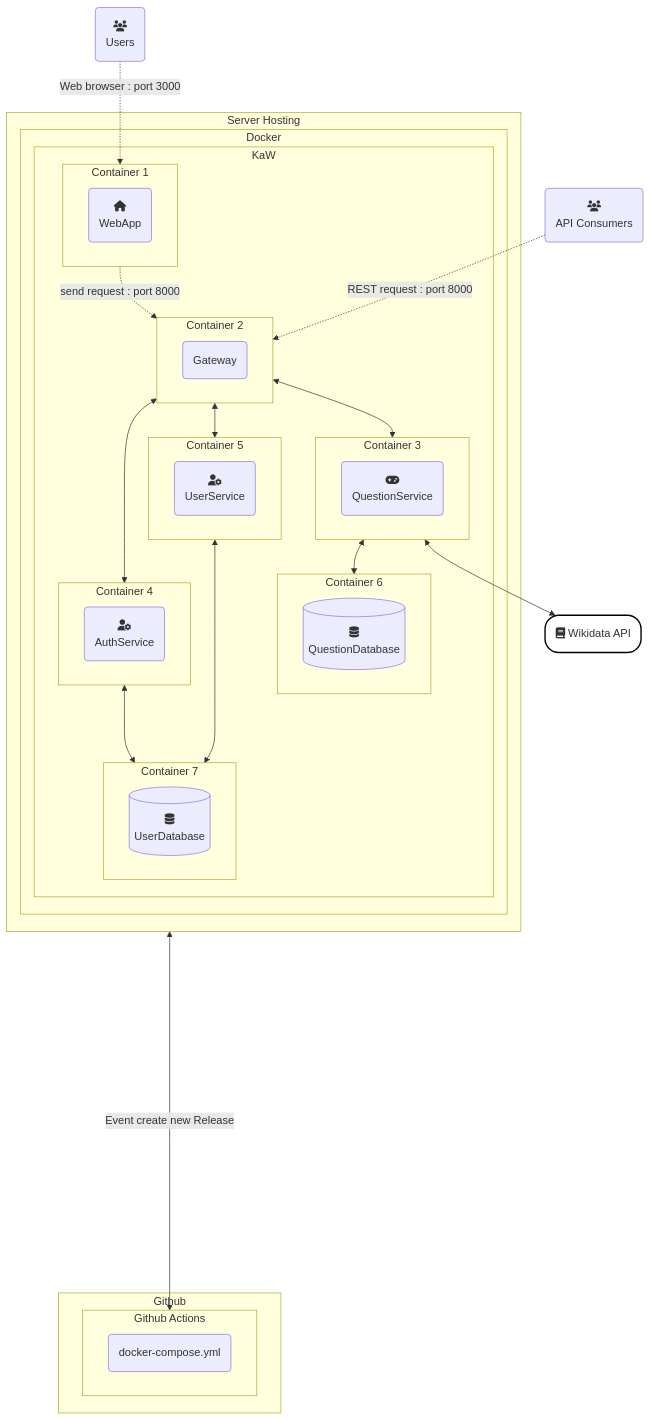
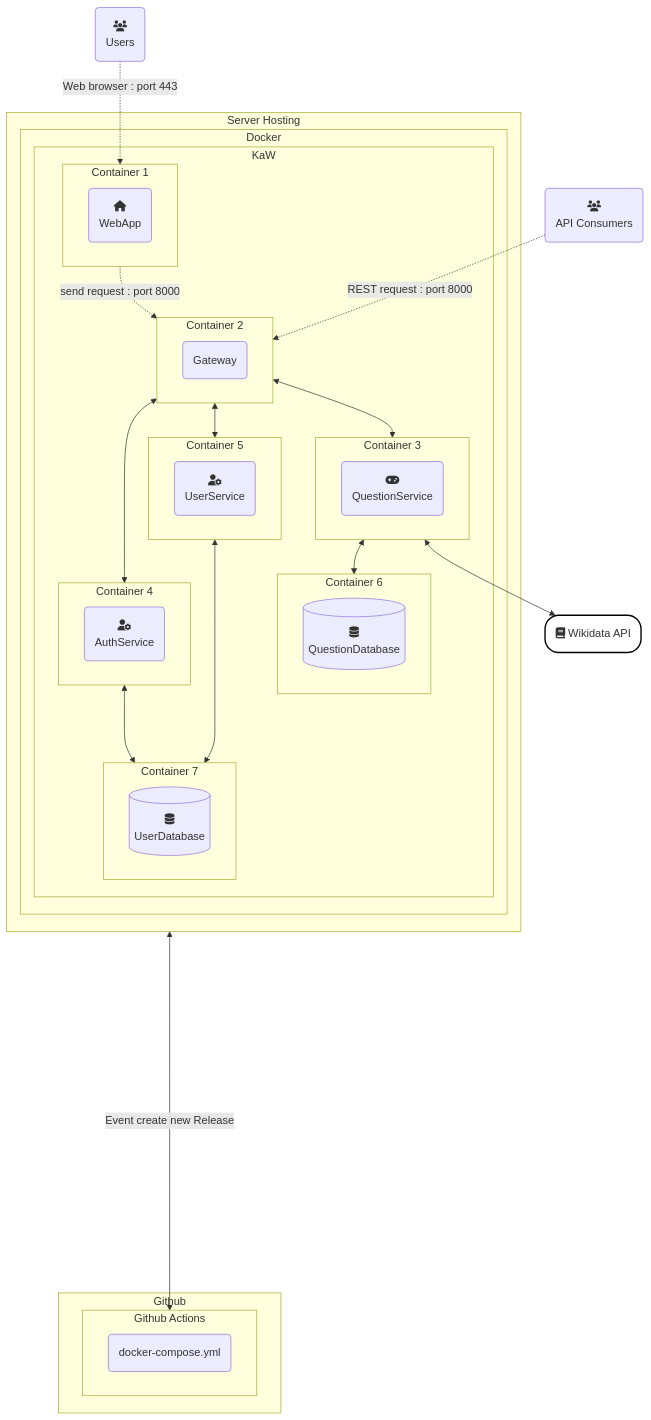
One commit to Arquisoft/wiq_en3b changed the diagram in docs/src/07_deployment_view.adoc. Above: the diagram before and after it, drawn with Mermaid. The commit also changed other lines of this file and 6 other files, not shown here.

```diff
--- a/docs/src/07_deployment_view.adoc
+++ b/docs/src/07_deployment_view.adoc
@@ -132,7 +132,7 @@
         end
     end
 
-    User-."Web browser : port 3000".->container1
+    User-."Web browser : port 443".->container1
     api-."REST request : port 8000".->container2
     container1-."send request : port 8000".->container2
 
```
